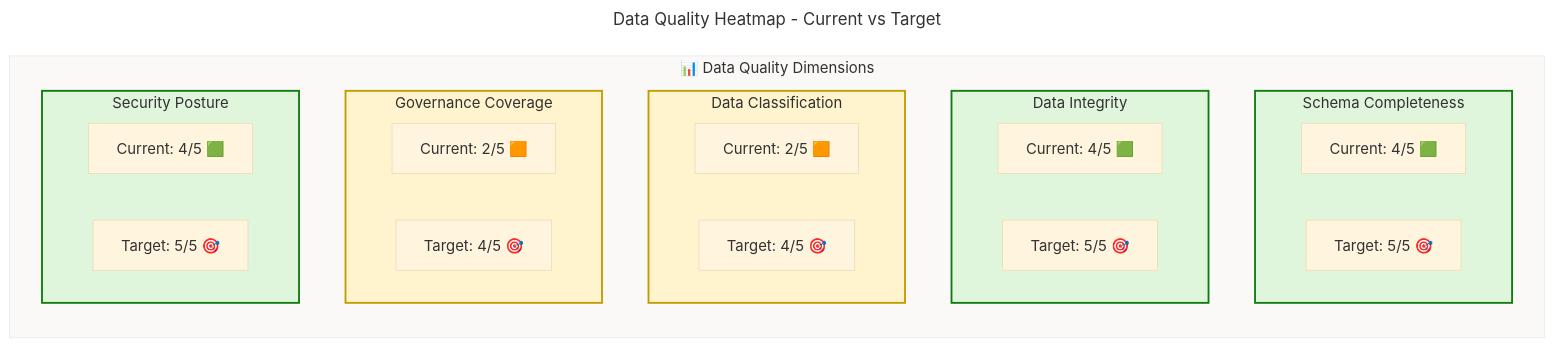
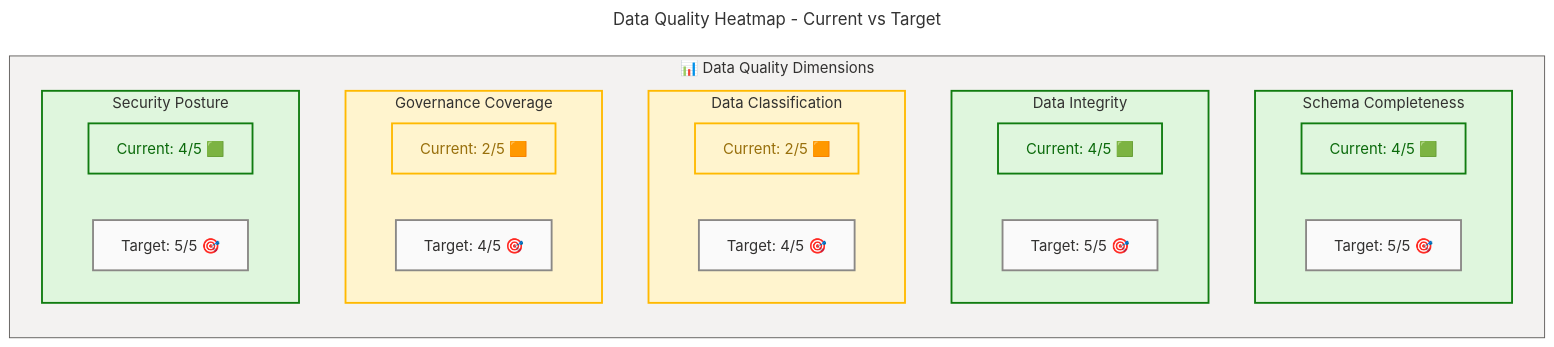
Before and after one commit to Evilazaro/IdentityProvider: the fifth of 13 diagrams in docs/architecture/data-architecture.md, drawn with Mermaid. The commit also changed other lines of this file, not shown here.

Commit message:
Enhance data architecture diagrams with accessibility features and improved styling for clarity

````diff
--- a/docs/architecture/data-architecture.md
+++ b/docs/architecture/data-architecture.md
@@ -409,47 +449,59 @@
 ```mermaid
 ---
 title: Data Quality Heatmap - Current vs Target
 config:
   theme: base
   look: classic
   layout: dagre
   themeVariables:
     fontSize: '16px'
   flowchart:
     htmlLabels: true
 ---
 flowchart TB
     accTitle: Data Quality Heatmap
     accDescr: Heatmap diagram comparing current data quality scores against target scores across five quality dimensions for the IdentityProvider data architecture
 
+    %% ── AZURE / FLUENT v1.1 ──────────────────────────────────
+    %% PHASE 1 — Structural ✔  direction explicit, nesting ≤ 3
+    %% PHASE 2 — Semantic   ✔  neutral-first, max 5 classes
+    %% PHASE 3 — Font       ✔  dark text on light bg
+    %% PHASE 4 — Accessibility ✔  accTitle + accDescr present
+    %% PHASE 5 — Standards  ✔  centralized classDefs below
+    %% ─────────────────────────────────────────────────────────
+
     subgraph QUALITY["📊 Data Quality Dimensions"]
         direction TB
         subgraph COMPLETENESS["Schema Completeness"]
-            SC_C["Current: 4/5 🟩"]
-            SC_T["Target: 5/5 🎯"]
+            SC_C["Current: 4/5 🟩"]:::success
+            SC_T["Target: 5/5 🎯"]:::neutral
         end
         subgraph INTEGRITY["Data Integrity"]
-            DI_C["Current: 4/5 🟩"]
-            DI_T["Target: 5/5 🎯"]
+            DI_C["Current: 4/5 🟩"]:::success
+            DI_T["Target: 5/5 🎯"]:::neutral
         end
         subgraph CLASSIFICATION["Data Classification"]
-            DC_C["Current: 2/5 🟧"]
-            DC_T["Target: 4/5 🎯"]
+            DC_C["Current: 2/5 🟧"]:::warning
+            DC_T["Target: 4/5 🎯"]:::neutral
         end
         subgraph GOVERNANCE["Governance Coverage"]
-            GC_C["Current: 2/5 🟧"]
-            GC_T["Target: 4/5 🎯"]
+            GC_C["Current: 2/5 🟧"]:::warning
+            GC_T["Target: 4/5 🎯"]:::neutral
         end
         subgraph SECURITY["Security Posture"]
-            SP_C["Current: 4/5 🟩"]
-            SP_T["Target: 5/5 🎯"]
+            SP_C["Current: 4/5 🟩"]:::success
+            SP_T["Target: 5/5 🎯"]:::neutral
         end
     end
 
+    classDef neutral fill:#FAFAFA,stroke:#8A8886,stroke-width:2px,color:#323130
+    classDef success fill:#DFF6DD,stroke:#107C10,stroke-width:2px,color:#0B6A0B
+    classDef warning fill:#FFF4CE,stroke:#FFB900,stroke-width:2px,color:#986F0B
+
     style COMPLETENESS fill:#DFF6DD,stroke:#107C10,stroke-width:2px,color:#323130
     style INTEGRITY fill:#DFF6DD,stroke:#107C10,stroke-width:2px,color:#323130
-    style CLASSIFICATION fill:#FFF4CE,stroke:#C19C00,stroke-width:2px,color:#323130
-    style GOVERNANCE fill:#FFF4CE,stroke:#C19C00,stroke-width:2px,color:#323130
+    style CLASSIFICATION fill:#FFF4CE,stroke:#FFB900,stroke-width:2px,color:#323130
+    style GOVERNANCE fill:#FFF4CE,stroke:#FFB900,stroke-width:2px,color:#323130
     style SECURITY fill:#DFF6DD,stroke:#107C10,stroke-width:2px,color:#323130
-    style QUALITY fill:#FAF9F8,stroke:#EDEBE9,stroke-width:1px,color:#323130
+    style QUALITY fill:#F3F2F1,stroke:#605E5C,stroke-width:1px,color:#323130
 ```
````
